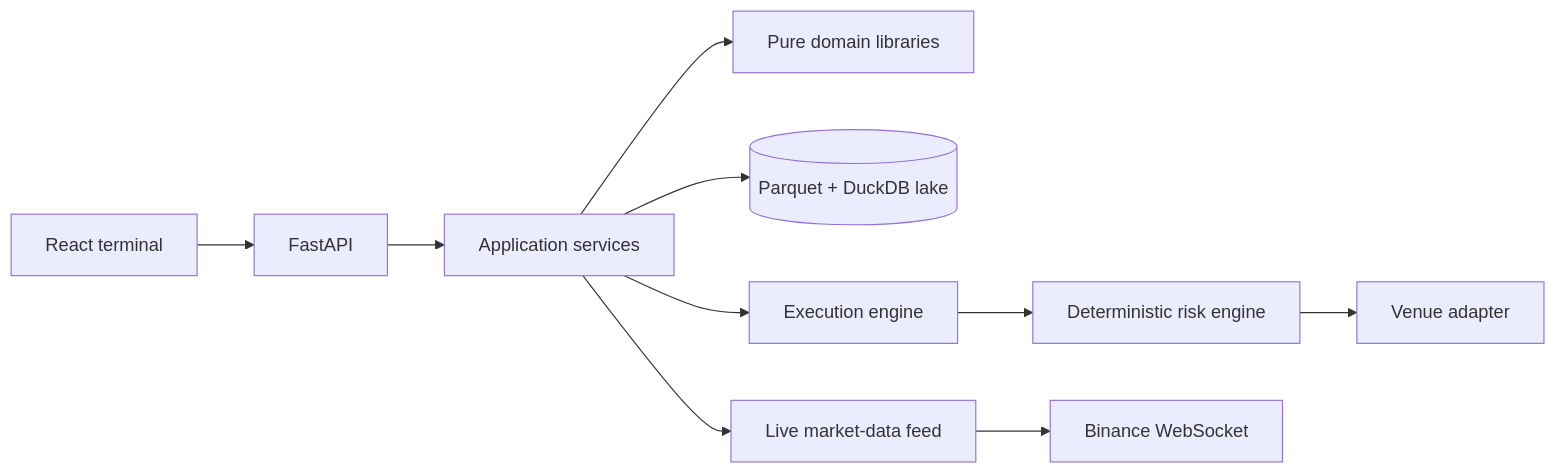
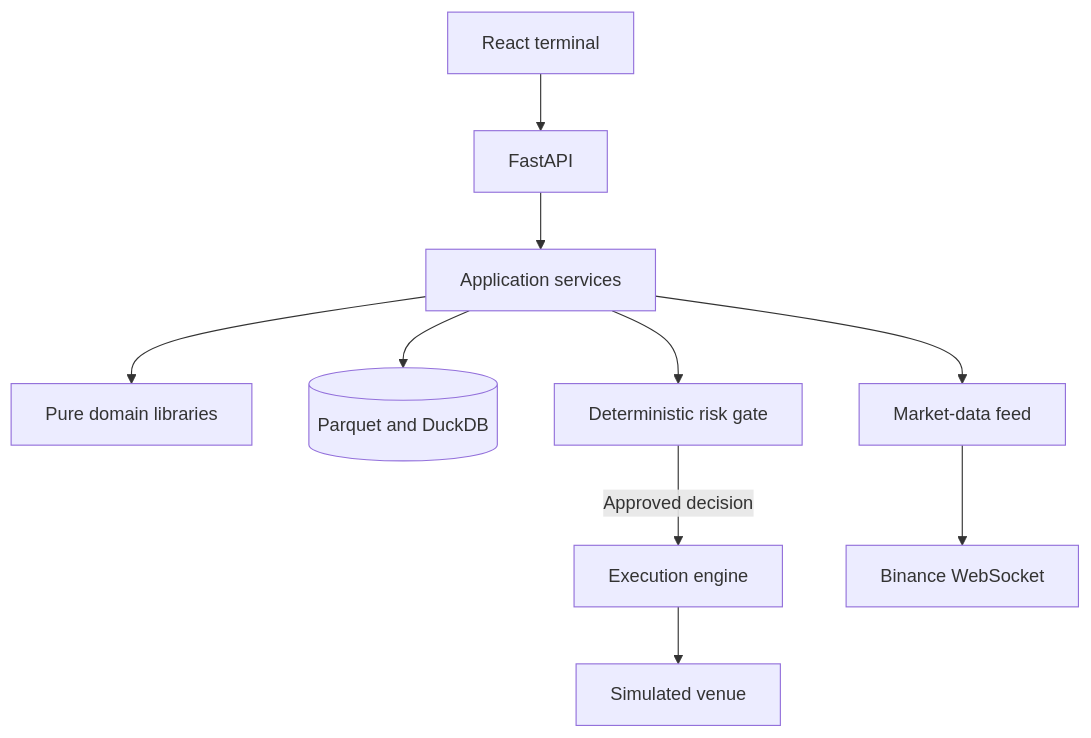
The diagram in README.md (altink02/fxquant-portfolio), drawn with Mermaid before and after one commit. The commit also changed other lines of this file and 4 other files, not shown here.

````diff
--- a/README.md
+++ b/README.md
@@ -166,12 +196,12 @@
 ```mermaid
-flowchart LR
+flowchart TD
     Web[React terminal] --> API[FastAPI]
     API --> Services[Application services]
     Services --> Libs[Pure domain libraries]
-    Services --> Lake[(Parquet + DuckDB lake)]
-    Services --> Stream[Live market-data feed]
-    Services --> Exec[Execution engine]
-    Exec --> Risk[Deterministic risk engine]
-    Risk --> Venue[Venue adapter]
+    Services --> Lake[(Parquet and DuckDB)]
+    Services --> Stream[Market-data feed]
+    Services --> Risk[Deterministic risk gate]
+    Risk -->|Approved decision| Exec[Execution engine]
+    Exec --> Venue[Simulated venue]
     Stream --> Binance[Binance WebSocket]
 ```
````
